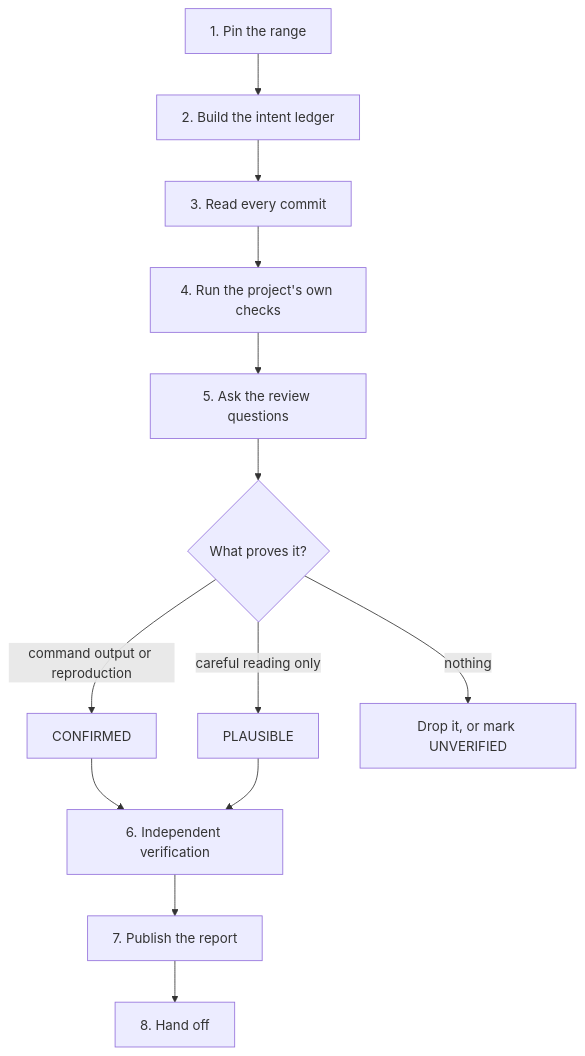
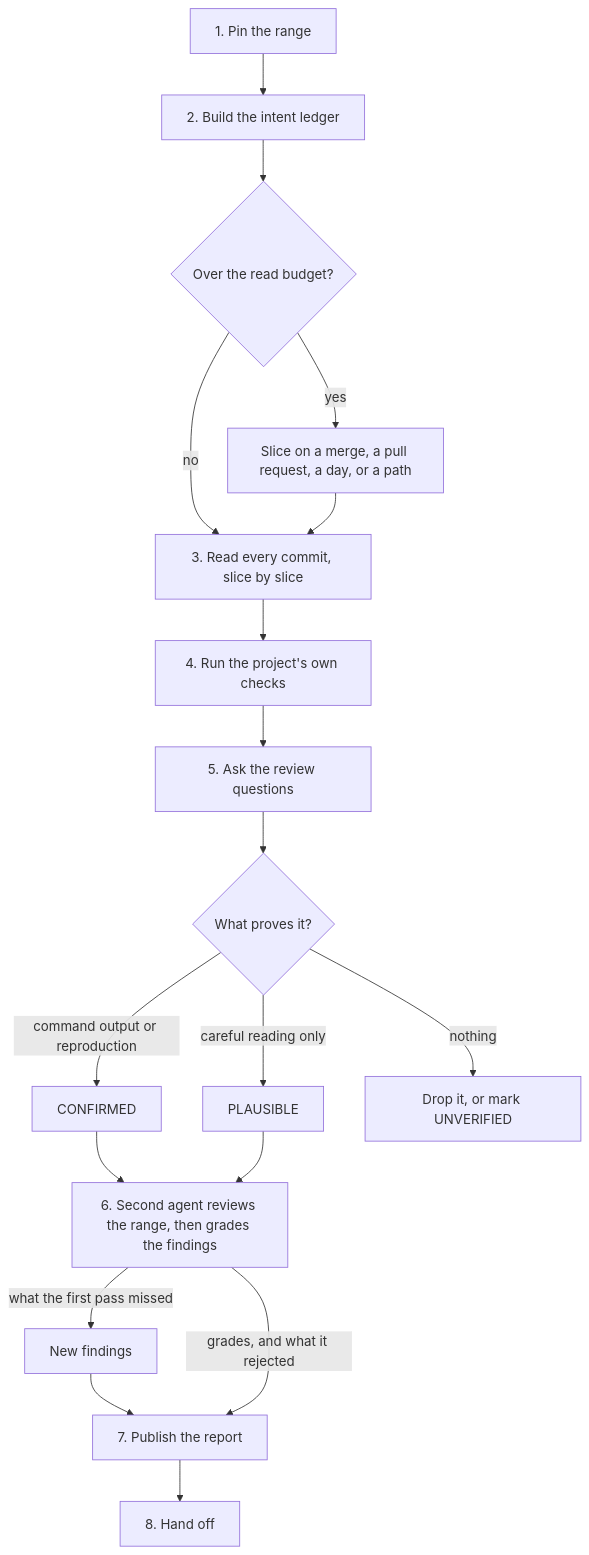
One commit to johnyuencm/ycm-harness changed the diagram in plugin/skills/review-past-commits/SKILL.md. Above: the diagram before and after it, drawn with Mermaid. The commit also changed other lines of this file and 4 other files, not shown here.

````diff
--- a/plugin/skills/review-past-commits/SKILL.md
+++ b/plugin/skills/review-past-commits/SKILL.md
@@ -35,15 +49,20 @@
 ```mermaid
 flowchart TD
   A[1. Pin the range] --> B[2. Build the intent ledger]
-  B --> C[3. Read every commit]
+  B --> N{Over the read budget?}
+  N -- yes --> S[Slice on a merge, a pull request, a day, or a path]
+  N -- no --> C
+  S --> C[3. Read every commit, slice by slice]
   C --> D[4. Run the project's own checks]
   D --> E[5. Ask the review questions]
   E --> F{What proves it?}
   F -- command output or reproduction --> G[CONFIRMED]
   F -- careful reading only --> H[PLAUSIBLE]
   F -- nothing --> I[Drop it, or mark UNVERIFIED]
-  G --> J[6. Independent verification]
+  G --> J[6. Second agent reviews the range, then grades the findings]
   H --> J
-  J --> K[7. Publish the report]
+  J -- what the first pass missed --> M[New findings]
+  M --> K
+  J -- grades, and what it rejected --> K[7. Publish the report]
   K --> L[8. Hand off]
 ```
````
